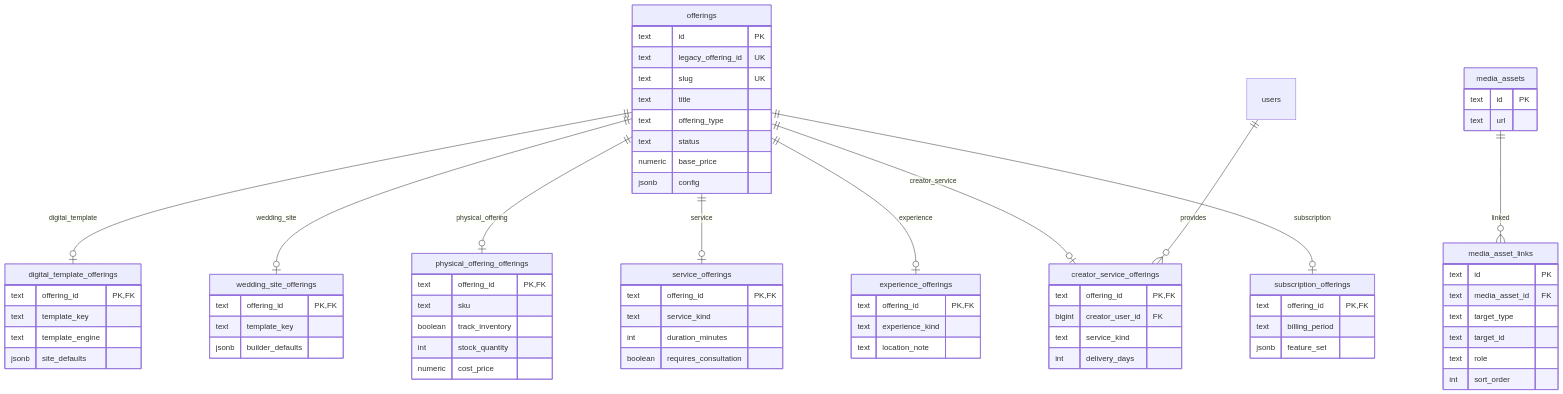
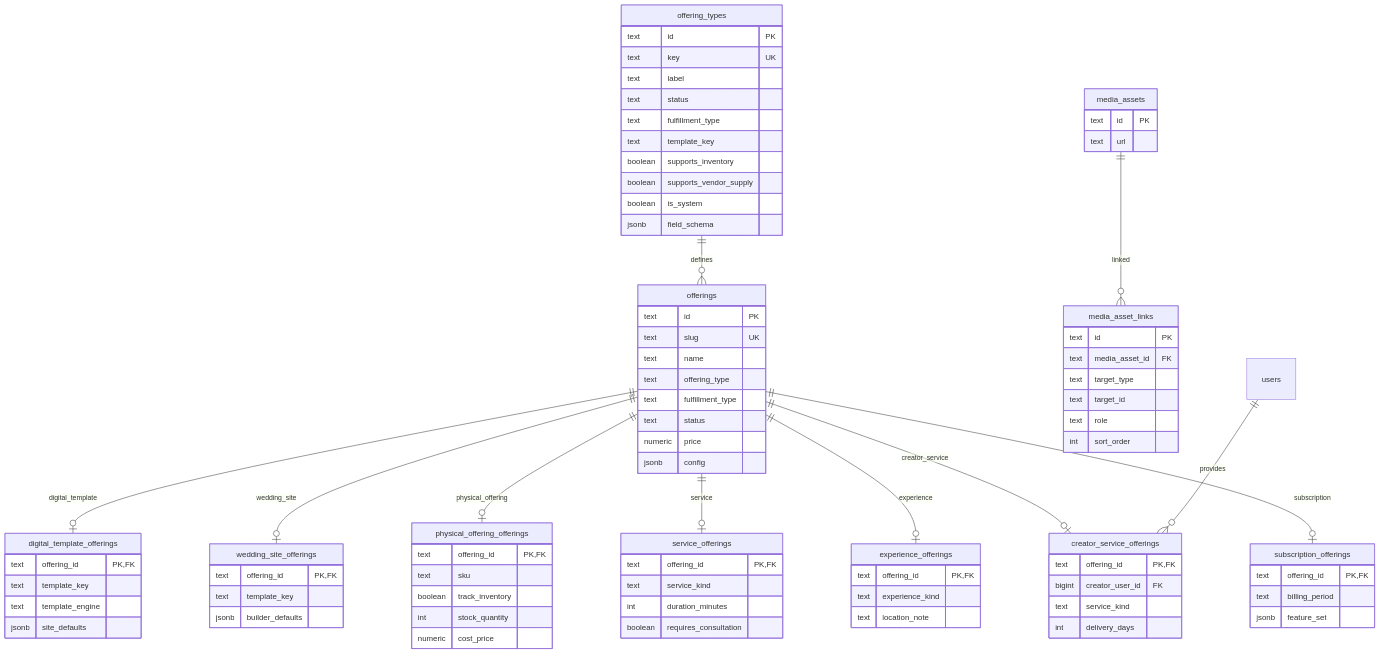
The second of 8 diagrams in docs/schema.md (hoangpham2263/pinklove), drawn with Mermaid before and after one commit. The commit also changed other lines of this file and 5 other files, not shown here.

First line of the commit message:
Enhance documentation for offering types and schema updates

```diff
--- a/docs/schema.md
+++ b/docs/schema.md
@@ -111,13 +131,26 @@
 erDiagram
   offerings {
     text id PK
-    text legacy_offering_id UK
     text slug UK
-    text title
+    text name
     text offering_type
+    text fulfillment_type
     text status
-    numeric base_price
+    numeric price
     jsonb config
+  }
+
+  offering_types {
+    text id PK
+    text key UK
+    text label
+    text status
+    text fulfillment_type
+    text template_key
+    boolean supports_inventory
+    boolean supports_vendor_supply
+    boolean is_system
+    jsonb field_schema
   }
 
   digital_template_offerings {
@@ -182,6 +215,7 @@
   }
 
   users ||--o{ creator_service_offerings : provides
+  offering_types ||--o{ offerings : defines
   offerings ||--o| digital_template_offerings : digital_template
   offerings ||--o| wedding_site_offerings : wedding_site
   offerings ||--o| physical_offering_offerings : physical_offering
```
